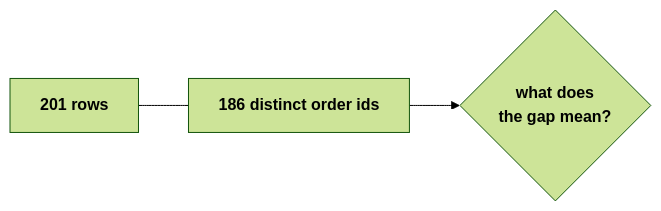
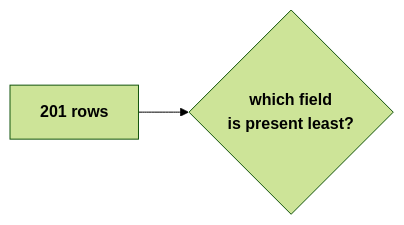
One commit to fde-academy-lab/c2-content-factory changed the fifth of 19 diagrams in content/W01/D3/slides/C2_W01_D03_half1_STUDENT.md. Above: the diagram before and after it, drawn with Mermaid (forest theme). The commit also changed other lines of this file and 10 other files, not shown here.

````diff
--- a/content/W01/D3/slides/C2_W01_D03_half1_STUDENT.md
+++ b/content/W01/D3/slides/C2_W01_D03_half1_STUDENT.md
@@ -262,5 +243,4 @@
 ```mermaid
 flowchart LR
-    R["<b>201 rows</b>"] --- I["<b>186 distinct order ids</b>"]
-    I --> Q{"<b>what does<br/>the gap mean?</b>"}
+    R["<b>201 rows</b>"] --> F{"<b>which field<br/>is present least?</b>"}
 ```
````
